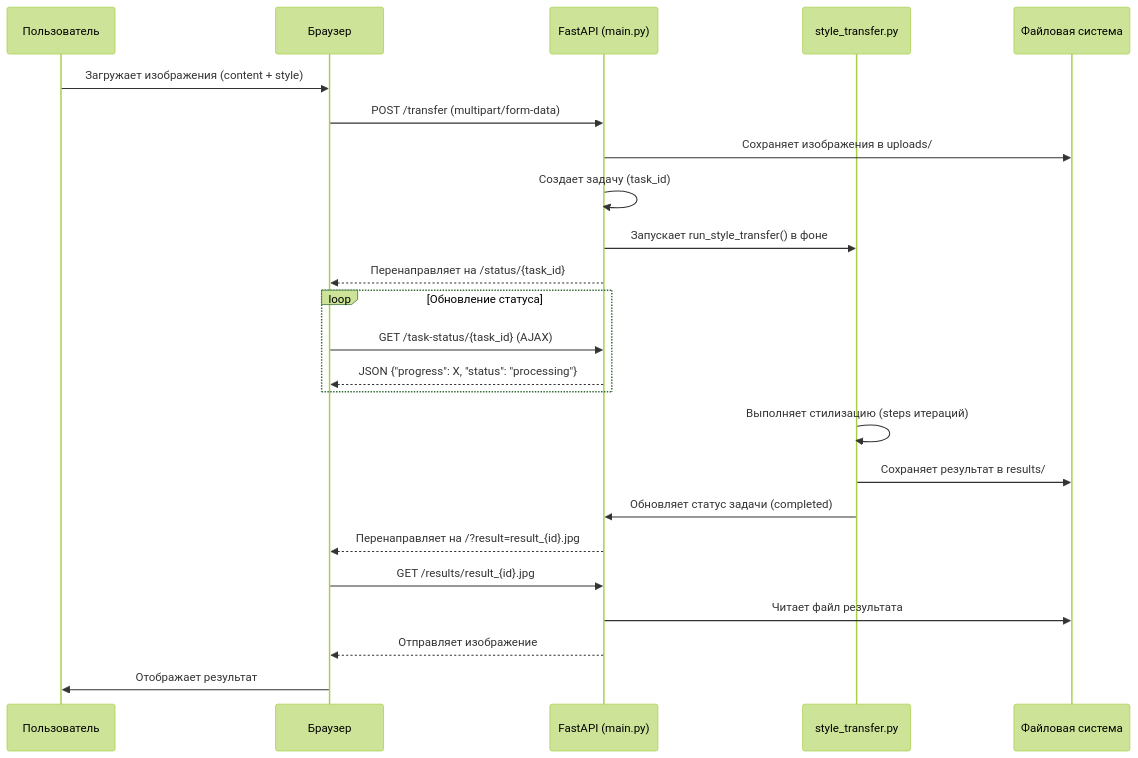
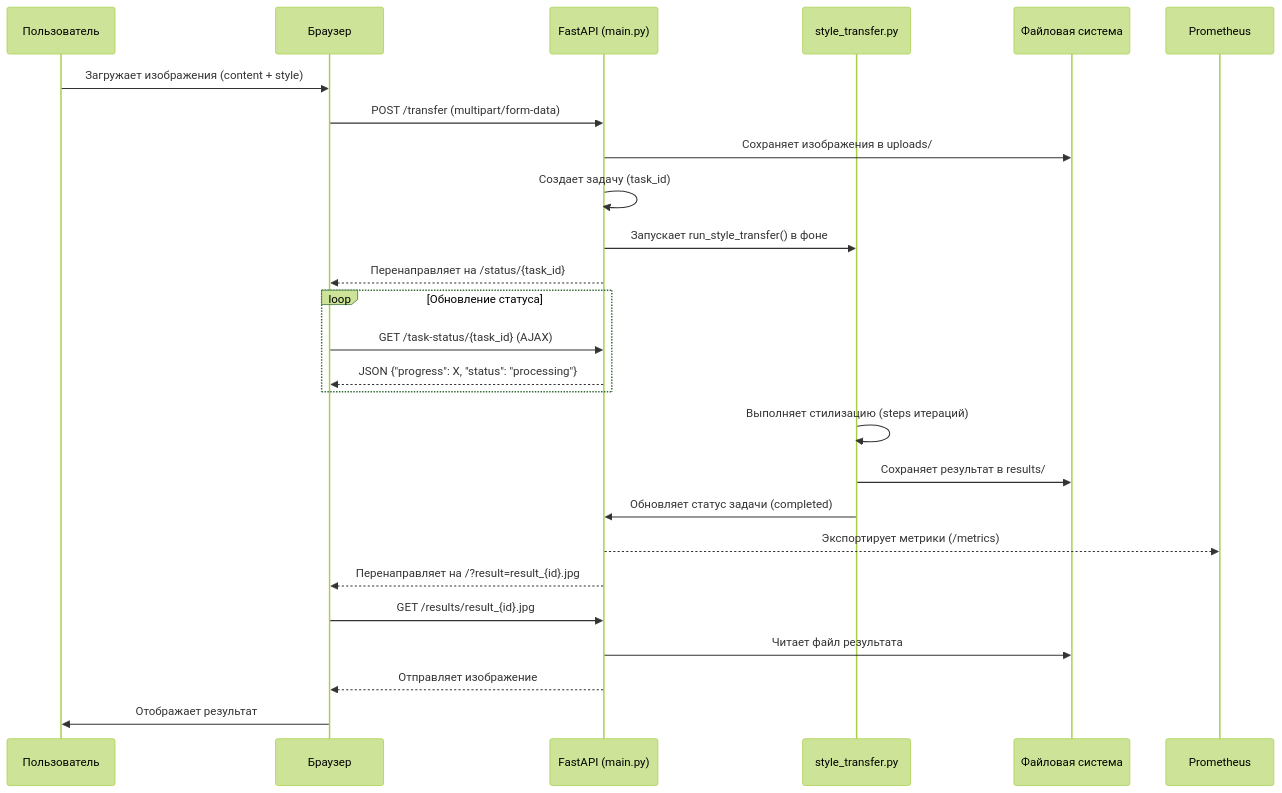
One commit to BondusS/Image-neural-style-transfer changed the third of 4 diagrams in Readme.md. Above: the diagram before and after it, drawn with Mermaid (forest theme). The commit also changed other lines of this file, not shown here.

````diff
--- a/Readme.md
+++ b/Readme.md
@@ -160,31 +170,33 @@
 ```mermaid
 %% Поток данных в приложении
 sequenceDiagram
     participant User as Пользователь
     participant Frontend as Браузер
     participant Backend as FastAPI (main.py)
     participant StyleTransfer as style_transfer.py
     participant FS as Файловая система
+    participant Prometheus as Prometheus
 
     User->>Frontend: Загружает изображения (content + style)
     Frontend->>Backend: POST /transfer (multipart/form-data)
     Backend->>FS: Сохраняет изображения в uploads/
     Backend->>Backend: Создает задачу (task_id)
     Backend->>StyleTransfer: Запускает run_style_transfer() в фоне
     Backend-->>Frontend: Перенаправляет на /status/{task_id}
 
     loop Обновление статуса
         Frontend->>Backend: GET /task-status/{task_id} (AJAX)
         Backend-->>Frontend: JSON {"progress": X, "status": "processing"}
     end
 
     StyleTransfer->>StyleTransfer: Выполняет стилизацию (steps итераций)
     StyleTransfer->>FS: Сохраняет результат в results/
     StyleTransfer->>Backend: Обновляет статус задачи (completed)
+    Backend-->>Prometheus: Экспортирует метрики (/metrics)
     Backend-->>Frontend: Перенаправляет на /?result=result_{id}.jpg
 
     Frontend->>Backend: GET /results/result_{id}.jpg
     Backend->>FS: Читает файл результата
     Backend-->>Frontend: Отправляет изображение
     Frontend->>User: Отображает результат
 ```
````
